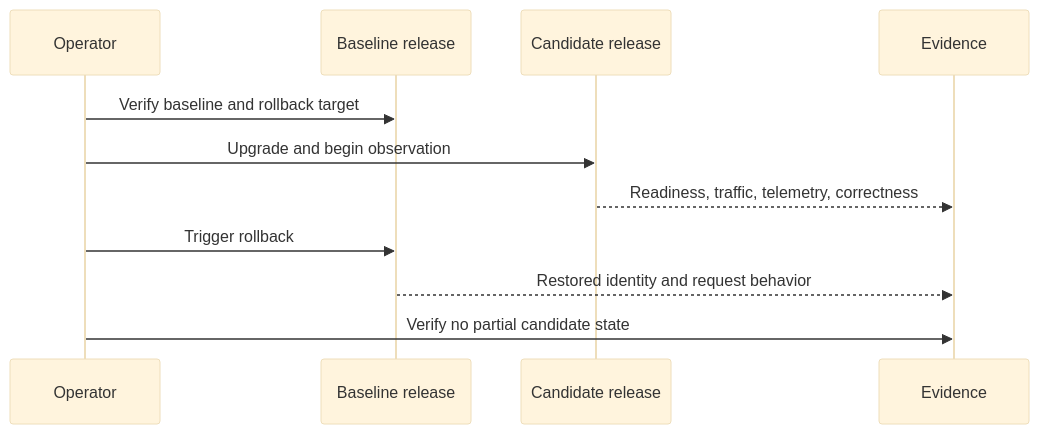
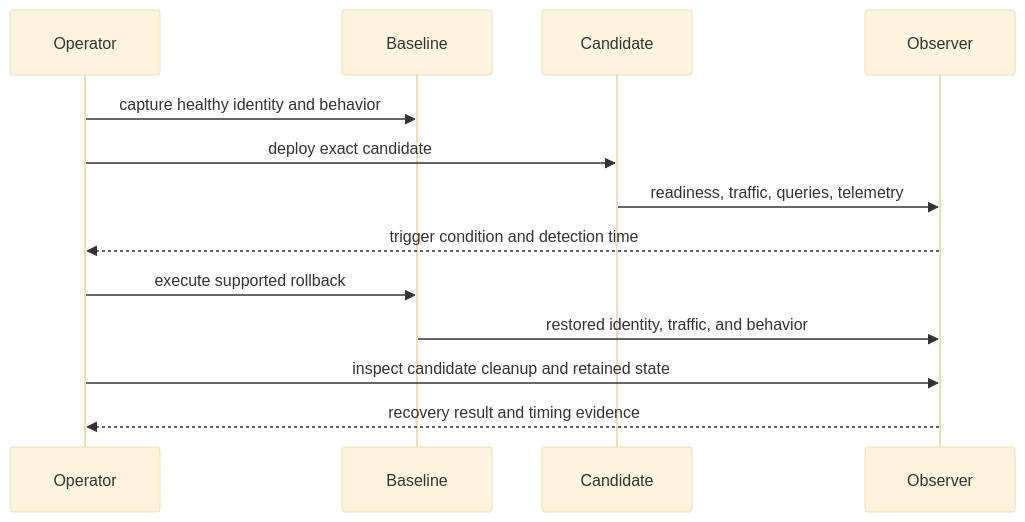
Before and after one commit to bijux/bijux-atlas: the diagram in docs/bijux-atlas-ops/release/rollback-drills.md, drawn with Mermaid (base theme). The commit also changed other lines of this file and 2 other files, not shown here.

Commit message:
docs(recovery): define rollback proof and escalation boundaries

````diff
--- a/docs/bijux-atlas-ops/release/rollback-drills.md
+++ b/docs/bijux-atlas-ops/release/rollback-drills.md
@@ -18,13 +43,15 @@
 ```mermaid
 sequenceDiagram
     participant Operator
-    participant Old as Baseline release
-    participant New as Candidate release
-    participant Evidence
-    Operator->>Old: Verify baseline and rollback target
-    Operator->>New: Upgrade and begin observation
-    New-->>Evidence: Readiness, traffic, telemetry, correctness
-    Operator->>Old: Trigger rollback
-    Old-->>Evidence: Restored identity and request behavior
-    Operator->>Evidence: Verify no partial candidate state
+    participant Baseline
+    participant Candidate
+    participant Observer
+    Operator->>Baseline: capture healthy identity and behavior
+    Operator->>Candidate: deploy exact candidate
+    Candidate->>Observer: readiness, traffic, queries, telemetry
+    Observer-->>Operator: trigger condition and detection time
+    Operator->>Baseline: execute supported rollback
+    Baseline->>Observer: restored identity, traffic, and behavior
+    Operator->>Observer: inspect candidate cleanup and retained state
+    Observer-->>Operator: recovery result and timing evidence
 ```
````
